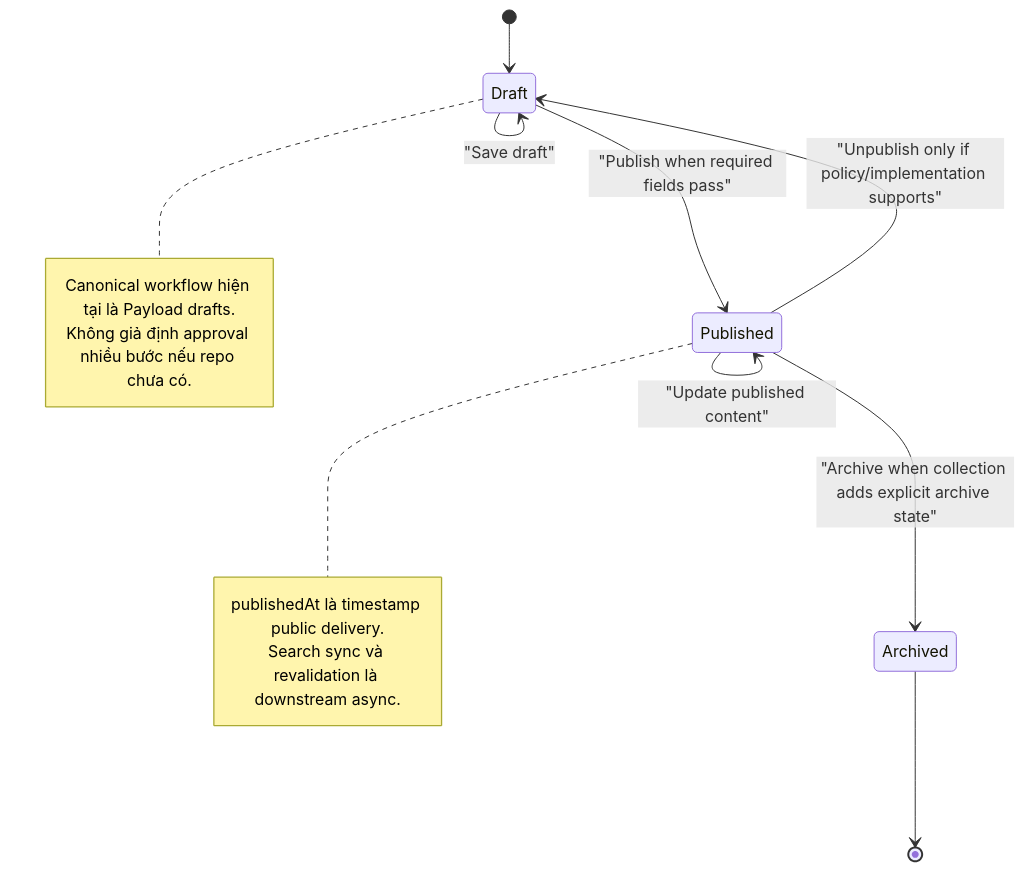
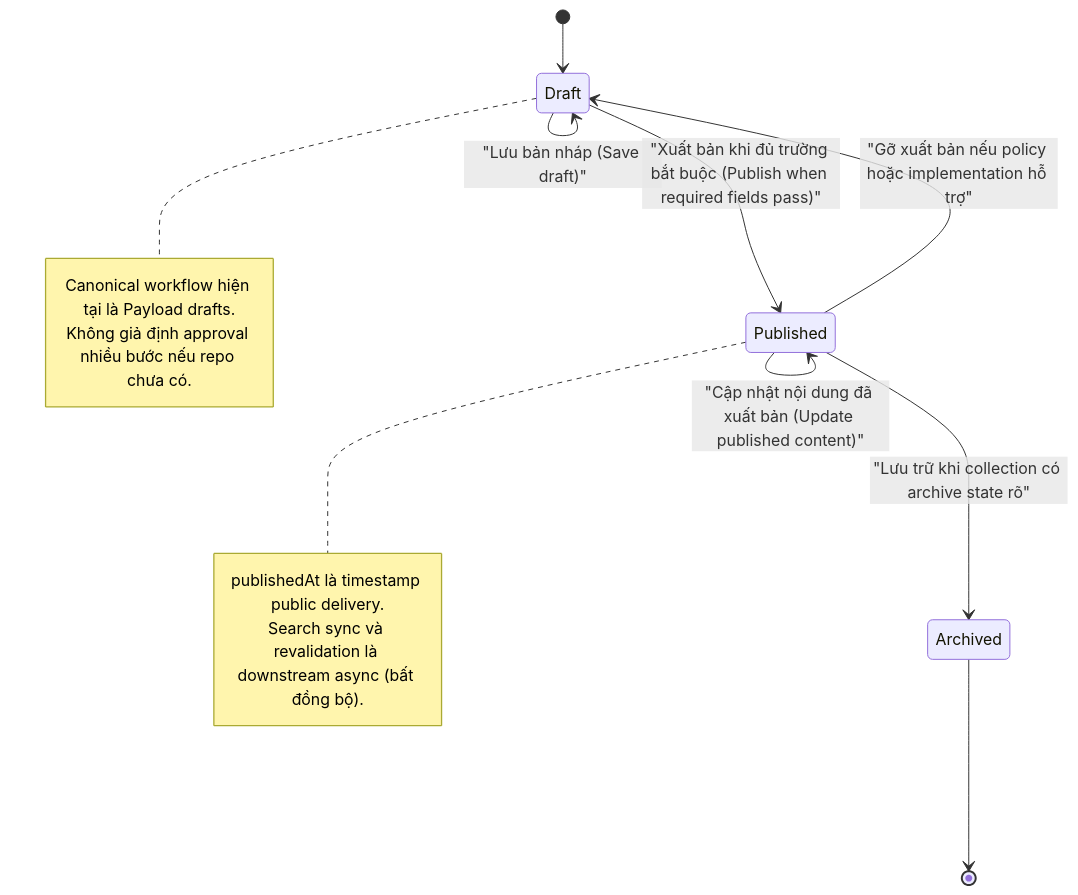
Before and after one commit to QuyenVjp/PMTL_VN: the diagram in design/01-content/publish-state.mmd, drawn with Mermaid. The commit also changed 52 other files, not shown here.

```diff
--- a/design/01-content/publish-state.mmd
+++ b/design/01-content/publish-state.mmd
@@ -1,18 +1,18 @@
 stateDiagram-v2
     [*] --> Draft
-    Draft --> Draft: "Save draft"
-    Draft --> Published: "Publish when required fields pass"
-    Published --> Published: "Update published content"
-    Published --> Draft: "Unpublish only if policy/implementation supports"
-    Published --> Archived: "Archive when collection adds explicit archive state"
+    Draft --> Draft: "Lưu bản nháp (Save draft)"
+    Draft --> Published: "Xuất bản khi đủ trường bắt buộc (Publish when required fields pass)"
+    Published --> Published: "Cập nhật nội dung đã xuất bản (Update published content)"
+    Published --> Draft: "Gỡ xuất bản nếu policy hoặc implementation hỗ trợ"
+    Published --> Archived: "Lưu trữ khi collection có archive state rõ"
     Archived --> [*]
 
     note right of Draft
       Canonical workflow hiện tại là Payload drafts.
       Không giả định approval nhiều bước nếu repo chưa có.
     end note
 
     note right of Published
       publishedAt là timestamp public delivery.
-      Search sync và revalidation là downstream async.
+      Search sync và revalidation là downstream async (bất đồng bộ).
     end note
```
